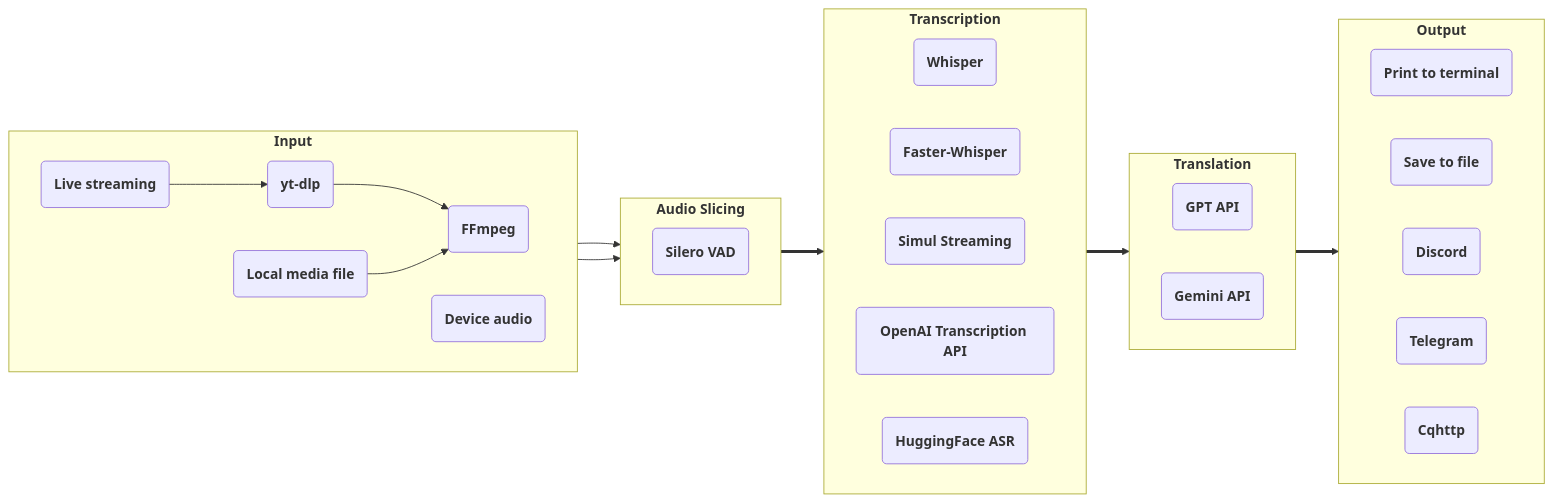
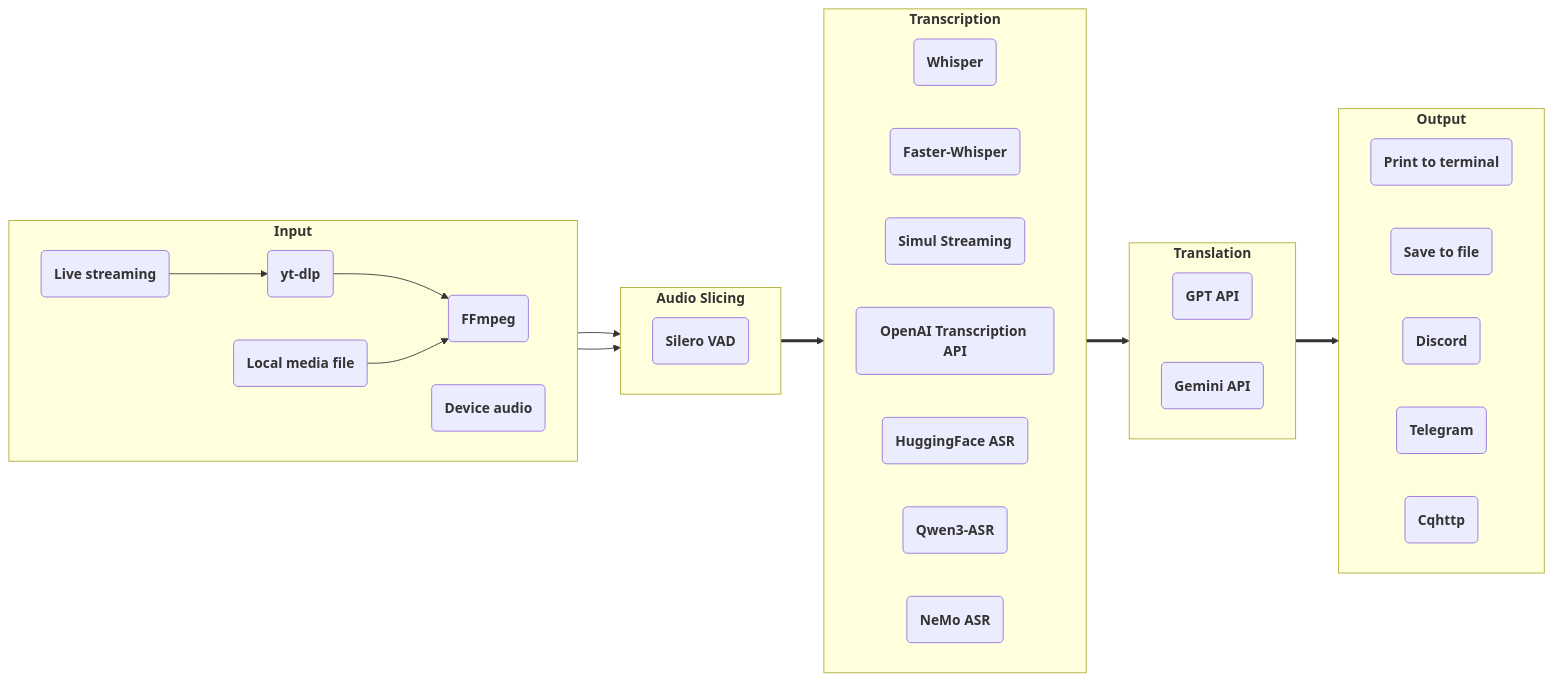
Before and after one commit to W-Nana/stream-translator-gpt: the diagram in README.md, drawn with Mermaid. The commit also changed other lines of this file and 12 other files, not shown here.

````diff
--- a/README.md
+++ b/README.md
@@ -19,44 +19,46 @@
 ```mermaid
 flowchart LR
     subgraph ga["`**Input**`"]
         direction LR
         aa("`**FFmpeg**`")
         ab("`**Device audio**`")
         ac("`**yt-dlp**`")
         ad("`**Local media file**`")
         ae("`**Live streaming**`")
         ac --> aa
         ad --> aa
         ae --> ac
     end
     subgraph gb["`**Audio Slicing**`"]
         direction LR
         ba("`**Silero VAD**`")
     end
     subgraph gc["`**Transcription**`"]
         direction LR
         ca("`**Whisper**`")
         cb("`**Faster-Whisper**`")
         cc("`**Simul Streaming**`")
         cd("`**OpenAI Transcription API**`")
         ce("`**HuggingFace ASR**`")
+        cf("`**Qwen3-ASR**`")
+        cg("`**NeMo ASR**`")
     end
     subgraph gd["`**Translation**`"]
         direction LR
         da("`**GPT API**`")
         db("`**Gemini API**`")
     end
     subgraph ge["`**Output**`"]
         direction LR
         ea("`**Print to terminal**`")
         ee("`**Save to file**`")
         ec("`**Discord**`")
         ed("`**Telegram**`")
         eb("`**Cqhttp**`")
     end
     aa --> gb
     ab --> gb
     gb ==> gc
     gc ==> gd
     gd ==> ge
 ```
````
